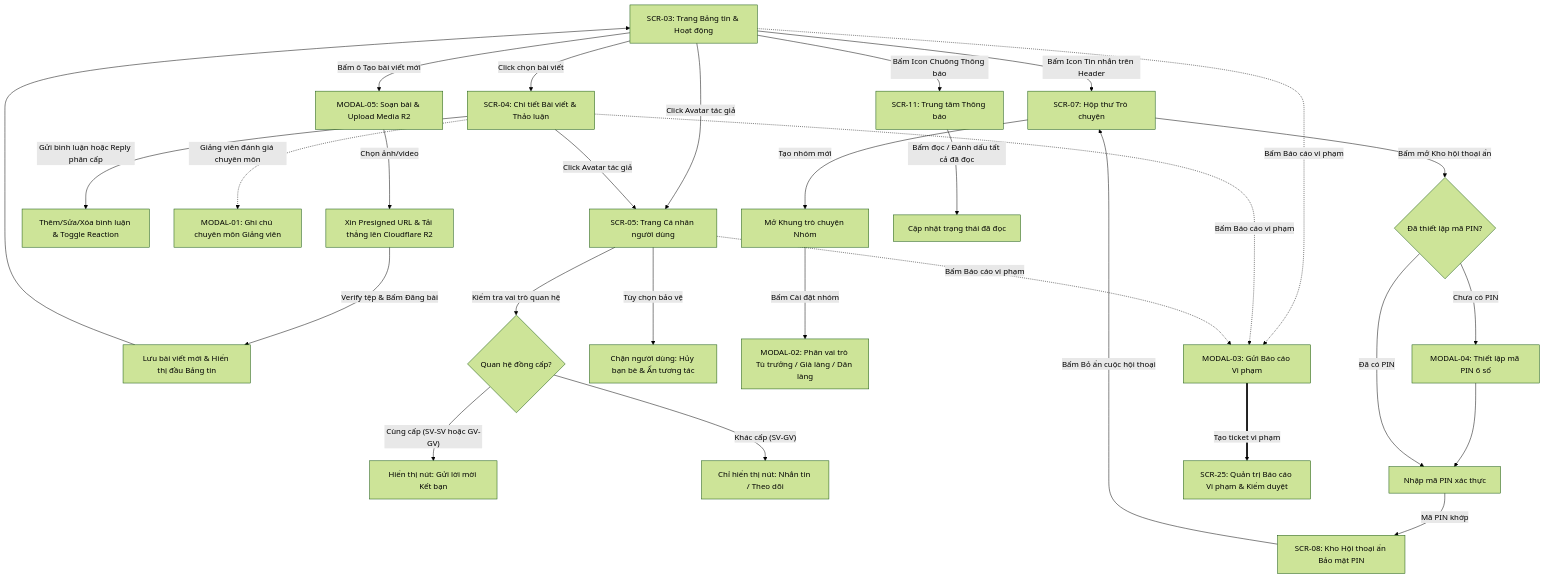
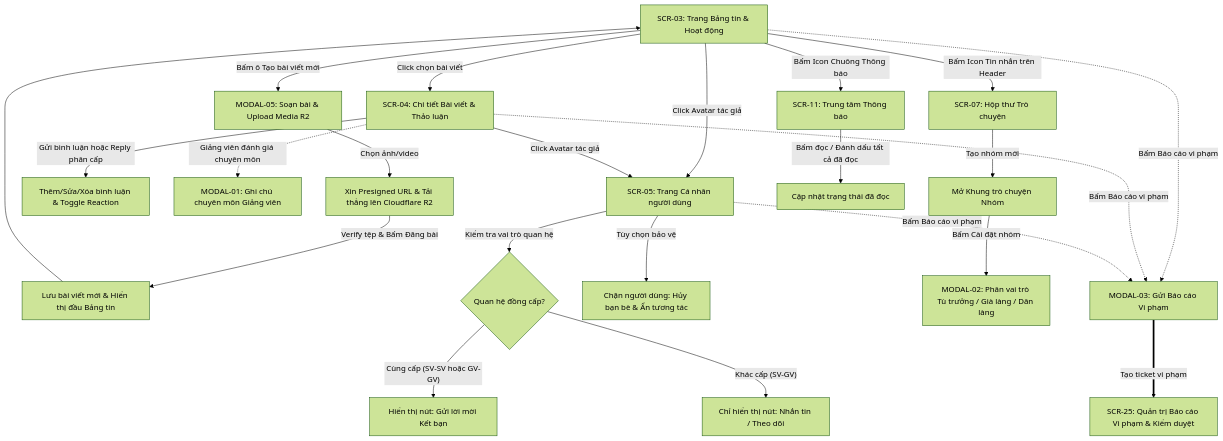
Before and after one commit to lethanhan01/Social-network-for-student-Generated-Question-Bank: the third of 6 diagrams in t_i_li_u_to_n_di_n_s_lu_ng_m_n_h_nh_mermaid_code.md, drawn with Mermaid (forest theme). The commit also changed other lines of this file and 29 other files, not shown here.

````diff
--- a/t_i_li_u_to_n_di_n_s_lu_ng_m_n_h_nh_mermaid_code.md
+++ b/t_i_li_u_to_n_di_n_s_lu_ng_m_n_h_nh_mermaid_code.md
@@ -200,41 +196,35 @@
 ```mermaid
 flowchart TD
     SCR03["SCR-03: Trang Bảng tin & Hoạt động"]
 
     %% Đăng bài viết kèm Media R2
     SCR03 -->|"Bấm ô Tạo bài viết mới"| MODAL05["MODAL-05: Soạn bài & Upload Media R2"]
     MODAL05 -->|"Chọn ảnh/video"| R2_UPLOAD["Xin Presigned URL & Tải thẳng lên Cloudflare R2"]
     R2_UPLOAD -->|"Verify tệp & Bấm Đăng bài"| POST_CREATED["Lưu bài viết mới & Hiển thị đầu Bảng tin"]
     POST_CREATED --> SCR03
 
     %% Tương tác bảng tin
     SCR03 -->|"Click chọn bài viết"| SCR04["SCR-04: Chi tiết Bài viết & Thảo luận"]
     SCR04 -->|"Gửi bình luận hoặc Reply phân cấp"| COMM["Thêm/Sửa/Xóa bình luận & Toggle Reaction"]
     SCR04 -. "Giảng viên đánh giá chuyên môn" .-> MODAL01["MODAL-01: Ghi chú chuyên môn Giảng viên"]
 
     %% Hồ sơ cá nhân & Bạn bè đồng cấp
     SCR03 & SCR04 -->|"Click Avatar tác giả"| SCR05["SCR-05: Trang Cá nhân người dùng"]
     SCR05 -->|"Kiểm tra vai trò quan hệ"| PEER_CHECK{"Quan hệ đồng cấp?"}
     PEER_CHECK -->|"Cùng cấp (SV-SV hoặc GV-GV)"| PEER_OK["Hiển thị nút: Gửi lời mời Kết bạn"]
     PEER_CHECK -->|"Khác cấp (SV-GV)"| PEER_DIFF["Chỉ hiển thị nút: Nhắn tin / Theo dõi"]
     SCR05 -->|"Tùy chọn bảo vệ"| BLOCK_ACT["Chặn người dùng: Hủy bạn bè & Ẩn tương tác"]
 
-    %% Hộp thư trò chuyện & Kho ẩn
+    %% Hộp thư trò chuyện
     SCR03 -->|"Bấm Icon Tin nhắn trên Header"| SCR07["SCR-07: Hộp thư Trò chuyện"]
     SCR07 -->|"Tạo nhóm mới"| GROUP_CHAT["Mở Khung trò chuyện Nhóm"]
     GROUP_CHAT -->|"Bấm Cài đặt nhóm"| MODAL02["MODAL-02: Phân vai trò Tù trưởng / Già làng / Dân làng"]
-
-    SCR07 -->|"Bấm mở Kho hội thoại ẩn"| PIN_STATE{"Đã thiết lập mã PIN?"}
-    PIN_STATE -->|"Chưa có PIN"| PIN_SETUP["MODAL-04: Thiết lập mã PIN 6 số"] --> PIN_VERIFY["Nhập mã PIN xác thực"]
-    PIN_STATE -->|"Đã có PIN"| PIN_VERIFY
-    PIN_VERIFY -->|"Mã PIN khớp"| SCR08["SCR-08: Kho Hội thoại ẩn Bảo mật PIN"]
-    SCR08 -->|"Bấm Bỏ ẩn cuộc hội thoại"| SCR07
 
     %% Trung tâm thông báo
     SCR03 -->|"Bấm Icon Chuông Thông báo"| SCR11["SCR-11: Trung tâm Thông báo"]
     SCR11 -->|"Bấm đọc / Đánh dấu tất cả đã đọc"| NOTI_READ["Cập nhật trạng thái đã đọc"]
 
     %% Báo cáo vi phạm & Điều phối Admin
     SCR03 & SCR04 & SCR05 -. "Bấm Báo cáo vi phạm" .-> MODAL03["MODAL-03: Gửi Báo cáo Vi phạm"]
     MODAL03 ==>|"Tạo ticket vi phạm"| SCR25["SCR-25: Quản trị Báo cáo Vi phạm & Kiểm duyệt"]
 ```
````
